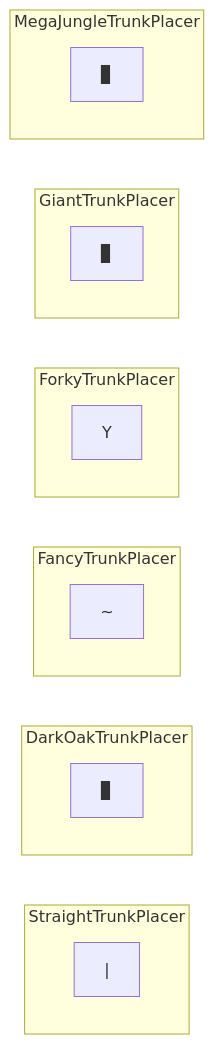
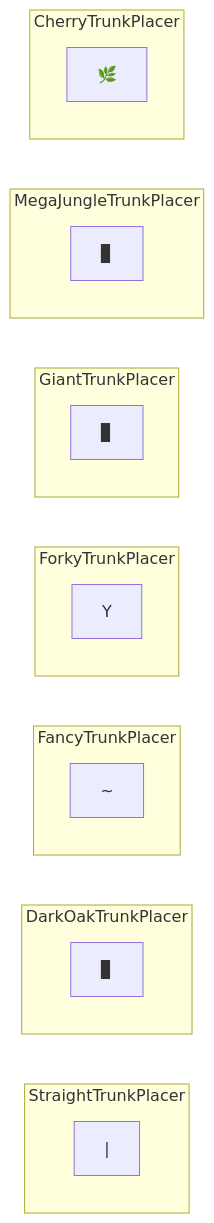
Before and after one commit to g122622/Cubium: the second of 5 diagrams in src/common/world/gen/feature/tree/README.md, drawn with Mermaid. The commit also changed other lines of this file and 20 other files, not shown here.

First line of the commit message:
feat: 实现樱花树林群系生成（CherryTrunkPlacer、CherryFoliagePlacer、粉色花瓣、群系设置）

````diff
--- a/src/common/world/gen/feature/tree/README.md
+++ b/src/common/world/gen/feature/tree/README.md
@@ -184,26 +189,30 @@
 ```mermaid
 graph LR
     subgraph StraightTrunkPlacer
         S1["|"]
     end
-    
+
     subgraph DarkOakTrunkPlacer
         D1["▊"]
     end
-    
+
     subgraph FancyTrunkPlacer
         F1["~"]
     end
-    
+
     subgraph ForkyTrunkPlacer
         K1["Y"]
     end
-    
+
     subgraph GiantTrunkPlacer
         G1["▊"]
     end
-    
+
     subgraph MegaJungleTrunkPlacer
         M1["▊"]
     end
+
+    subgraph CherryTrunkPlacer
+        C1["🌿"]
+    end
 ```
````
